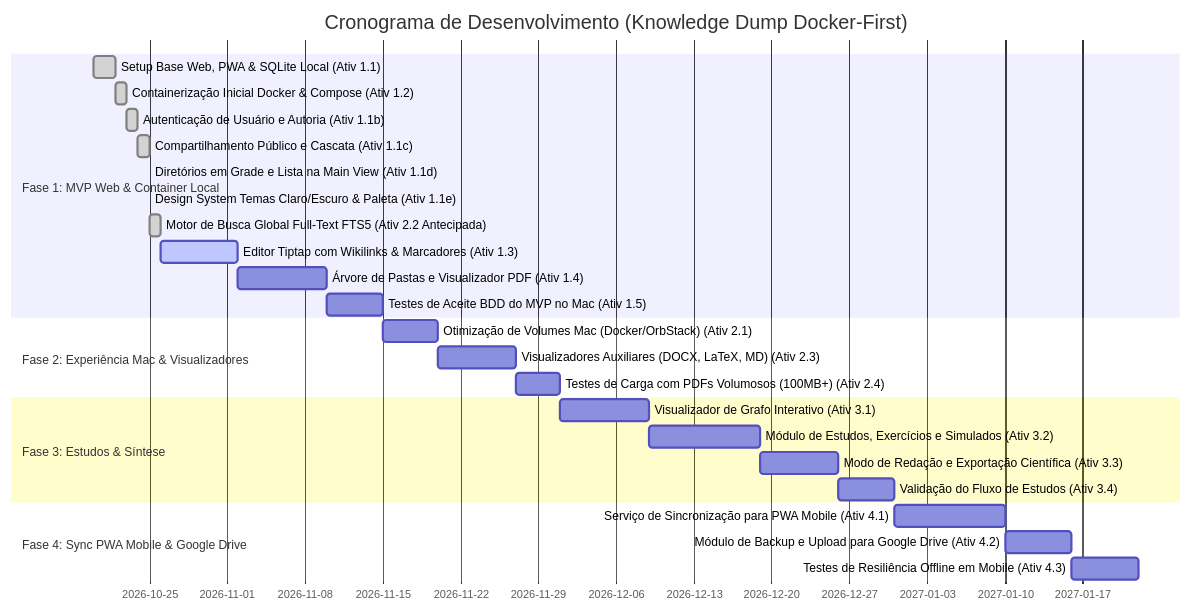
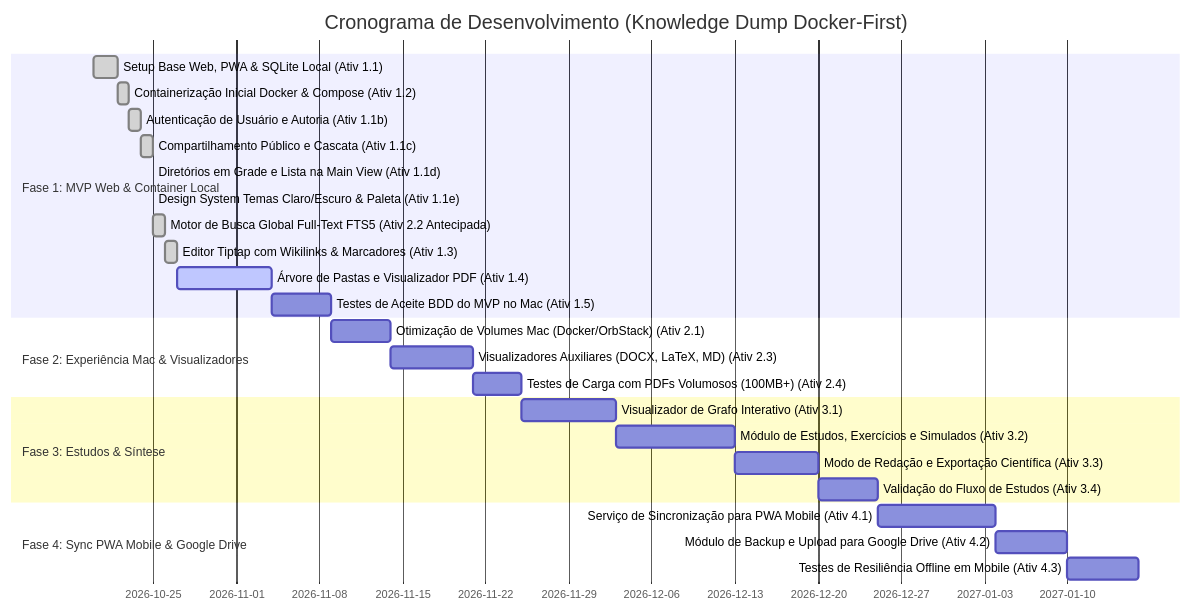
One commit to victor-reghini/knowledge-dump changed the second of 2 diagrams in docs/arquitetura_e_roadmap.md. Above: the diagram before and after it, drawn with Mermaid. The commit also changed other lines of this file and 11 other files, not shown here.

Commit message:
feat(editor): tiptap wysiwyg, formulas matematicas katex, popover hover wikilink e ancoras contextuais

````diff
--- a/docs/arquitetura_e_roadmap.md
+++ b/docs/arquitetura_e_roadmap.md
@@ -56,32 +56,32 @@
 ```mermaid
 gantt
     title Cronograma de Desenvolvimento (Knowledge Dump Docker-First)
     dateFormat  YYYY-MM-DD
     section Fase 1: MVP Web & Container Local
     Setup Base Web, PWA & SQLite Local (Ativ 1.1)             :done, a1, 2026-10-20, 2026-10-22
     Containerização Inicial Docker & Compose (Ativ 1.2)        :done, a2, 2026-10-22, 2026-10-23
     Autenticação de Usuário e Autoria (Ativ 1.1b)              :done, a1b, 2026-10-23, 2026-10-24
     Compartilhamento Público e Cascata (Ativ 1.1c)             :done, a1c, 2026-10-24, 2026-10-25
     Diretórios em Grade e Lista na Main View (Ativ 1.1d)       :done, a1d, 2026-10-25, 2026-10-25
     Design System Temas Claro/Escuro & Paleta (Ativ 1.1e)      :done, a1e, 2026-10-25, 2026-10-25
     Motor de Busca Global Full-Text FTS5 (Ativ 2.2 Antecipada) :done, b2, 2026-10-25, 2026-10-26
-    Editor Tiptap com Wikilinks & Marcadores (Ativ 1.3)        :active, a3, 2026-10-26, 7d
-    Árvore de Pastas e Visualizador PDF (Ativ 1.4)             :a4, after a3, 8d
+    Editor Tiptap com Wikilinks & Marcadores (Ativ 1.3)        :done, a3, 2026-10-26, 2026-10-27
+    Árvore de Pastas e Visualizador PDF (Ativ 1.4)             :active, a4, 2026-10-27, 8d
     Testes de Aceite BDD do MVP no Mac (Ativ 1.5)              :a5, after a4, 5d
 
     section Fase 2: Experiência Mac & Visualizadores
     Otimização de Volumes Mac (Docker/OrbStack) (Ativ 2.1)     :b1, after a5, 5d
     Visualizadores Auxiliares (DOCX, LaTeX, MD) (Ativ 2.3)     :b3, after b1, 7d
     Testes de Carga com PDFs Volumosos (100MB+) (Ativ 2.4)     :b4, after b3, 4d
 
     section Fase 3: Estudos & Síntese
     Visualizador de Grafo Interativo (Ativ 3.1)                :c1, after b4, 8d
     Módulo de Estudos, Exercícios e Simulados (Ativ 3.2)       :c2, after c1, 10d
     Modo de Redação e Exportação Científica (Ativ 3.3)         :c3, after c2, 7d
     Validação do Fluxo de Estudos (Ativ 3.4)                   :c4, after c3, 5d
 
     section Fase 4: Sync PWA Mobile & Google Drive
     Serviço de Sincronização para PWA Mobile (Ativ 4.1)        :d1, after c4, 10d
     Módulo de Backup e Upload para Google Drive (Ativ 4.2)     :d2, after d1, 6d
     Testes de Resiliência Offline em Mobile (Ativ 4.3)         :d3, after d2, 6d
 ```
````
